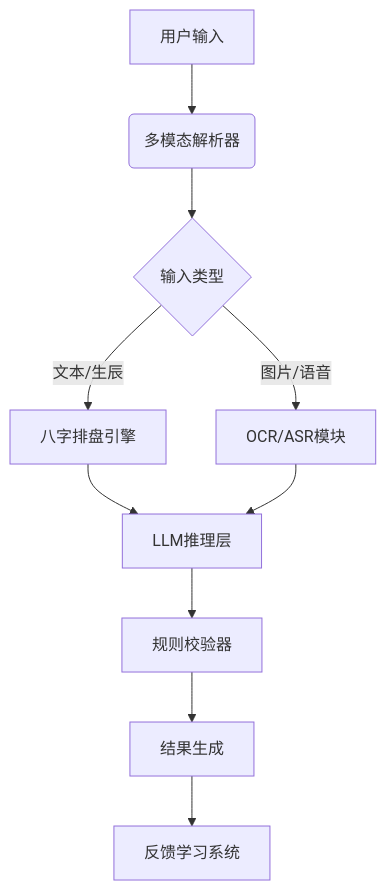
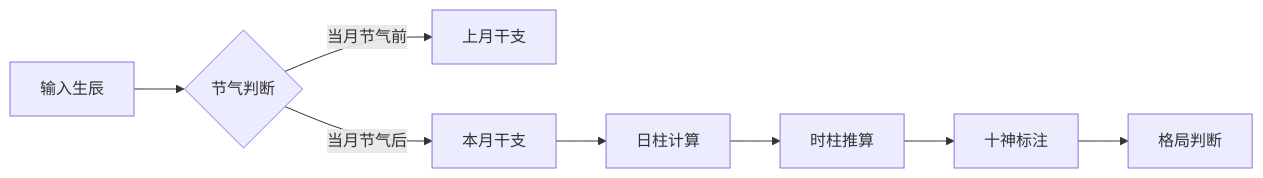
One commit to jimmydengpeng/AIDestiny changed the diagram in arch.md. Above: the diagram before and after it, drawn with Mermaid. The commit also changed other lines of this file and 10 other files, not shown here.

````diff
--- a/arch.md
+++ b/arch.md
@@ -1,11 +62,10 @@
 ```mermaid
-graph TD
-A[用户输入] --> B(多模态解析器)
-B --> C{输入类型}
-C -->|文本/生辰| D[八字排盘引擎]
-C -->|图片/语音| E[OCR/ASR模块]
-D & E --> F[LLM推理层]
-F --> G[规则校验器]
-G --> H[结果生成]
-H --> I[反馈学习系统]
+graph LR
+A[输入生辰] --> B{节气判断}
+B -->|当月节气前| C[上月干支]
+B -->|当月节气后| D[本月干支]
+D --> E[日柱计算]
+E --> F[时柱推算]
+F --> G[十神标注]
+G --> H[格局判断]
 ```
````
